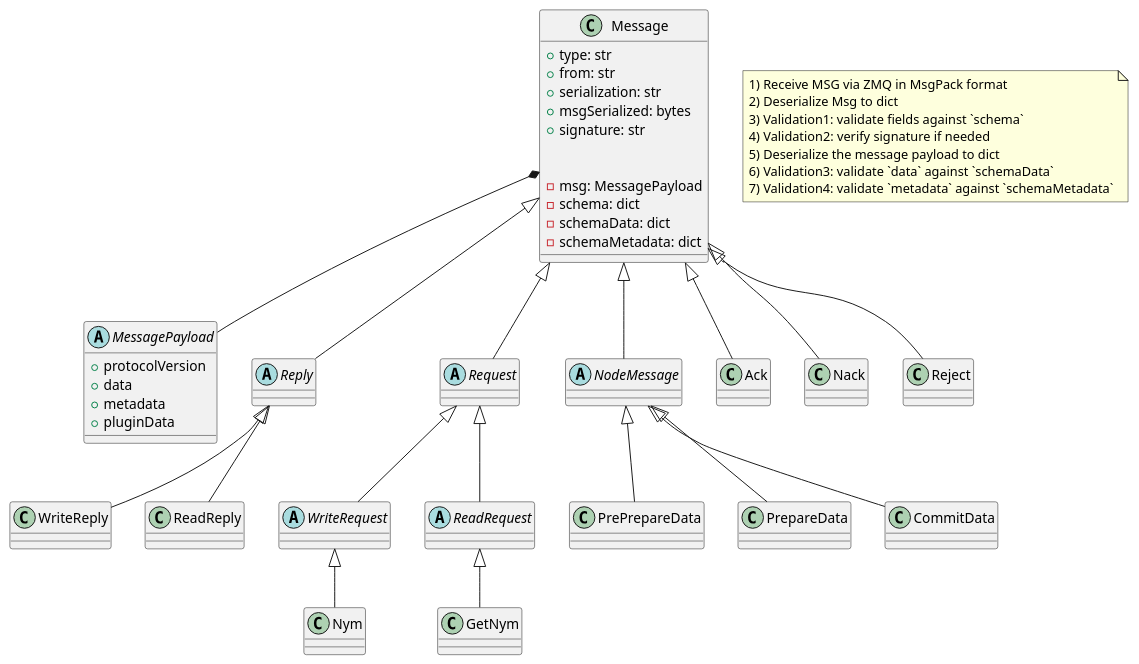
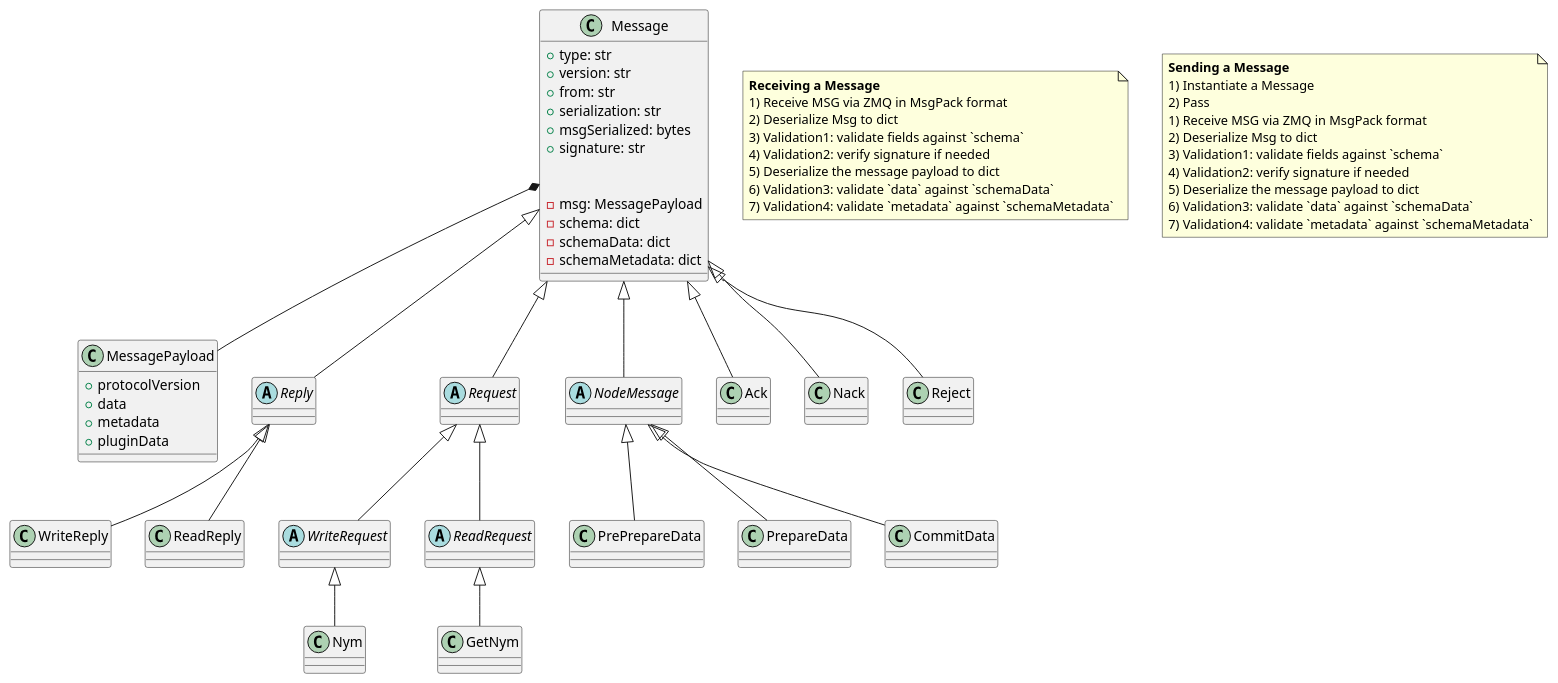
The diagram in docs/messages.puml (udosson/indy-plenum), drawn with PlantUML before and after one commit. The commit also changed 9 other files, not shown here.

```diff
--- a/docs/messages.puml
+++ b/docs/messages.puml
@@ -1,72 +1,88 @@
 @startuml
 
 class Message {
 +type: str
++version: str
 +from: str
 +serialization: str
 +msgSerialized: bytes
 +signature: str
 \n
 -msg: MessagePayload
 -schema: dict
 -schemaData: dict
 -schemaMetadata: dict
 }
 
-abstract class MessagePayload {
+class MessagePayload {
 +protocolVersion
 +data
 +metadata
 +pluginData
 }
 
 
 abstract class Reply {
 }
 
 abstract class Request {
 }
 
 abstract class WriteRequest {
 }
 
 abstract class ReadRequest {
 }
 
 abstract class NodeMessage {
 }
 
 Message *-- MessagePayload
 
 Message <|-- Request
 Request <|-- WriteRequest
 Request <|-- ReadRequest
 
 Message <|-- Reply
 Reply <|-- WriteReply
 Reply <|-- ReadReply
 
 Message <|-- NodeMessage
 
 Message <|-- Ack
 Message <|-- Nack
 Message <|-- Reject
 
 WriteRequest <|-- Nym
 ReadRequest <|-- GetNym
 
 NodeMessage <|-- PrePrepareData
 NodeMessage <|-- PrepareData
 NodeMessage <|-- CommitData
 
-note as N
+note as N1
+<b>Receiving a Message</b>
 1) Receive MSG via ZMQ in MsgPack format
 2) Deserialize Msg to dict
 3) Validation1: validate fields against `schema`
 4) Validation2: verify signature if needed
 5) Deserialize the message payload to dict
 6) Validation3: validate `data` against `schemaData`
 7) Validation4: validate `metadata` against `schemaMetadata`
 end note
 
+note as N2
+<b>Sending a Message</b>
+1) Instantiate a Message
+2) Pass
+1) Receive MSG via ZMQ in MsgPack format
+2) Deserialize Msg to dict
+3) Validation1: validate fields against `schema`
+4) Validation2: verify signature if needed
+5) Deserialize the message payload to dict
+6) Validation3: validate `data` against `schemaData`
+7) Validation4: validate `metadata` against `schemaMetadata`
+end note
+
+
 @enduml
```
